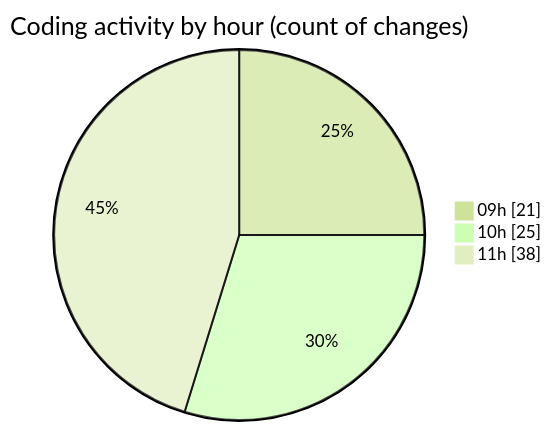
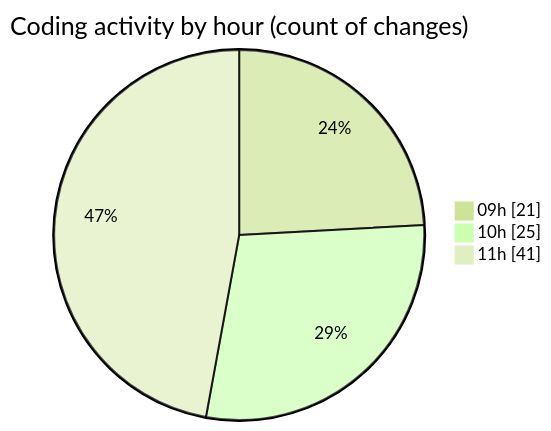
Before and after one commit to momahboobian/code-tracking: the second of 2 diagrams in 2025-12-01/cda/README.md, drawn with Mermaid (forest theme). The commit also changed other lines of this file and 1 other file, not shown here.

````diff
--- a/2025-12-01/cda/README.md
+++ b/2025-12-01/cda/README.md
@@ -45,7 +45,7 @@
 ```mermaid
 pie showData
 title Coding activity by hour (count of changes)
 "09h" : 21
 "10h" : 25
-"11h" : 38
+"11h" : 41
 ```
````
